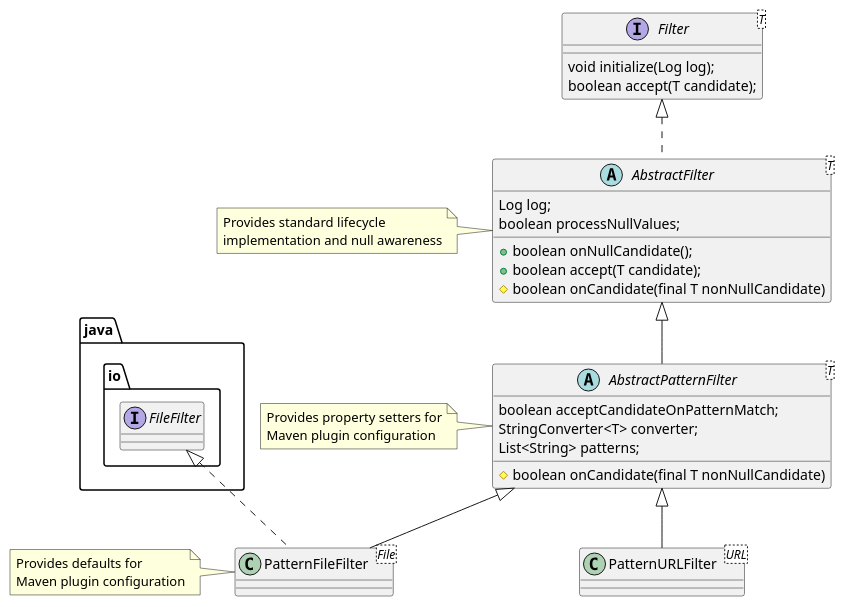
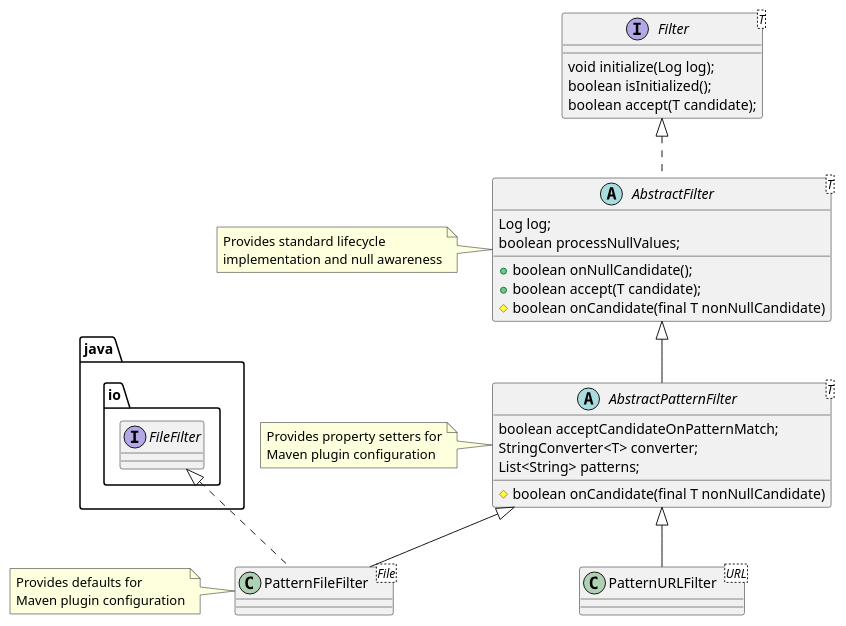
The diagram in src/site/puml/detailedFilterHierarchy.puml (mojohaus/jaxb2-maven-plugin), drawn with PlantUML before and after one commit. The commit also changed 4 other files, not shown here.

```diff
--- a/src/site/puml/detailedFilterHierarchy.puml
+++ b/src/site/puml/detailedFilterHierarchy.puml
@@ -1,32 +1,33 @@
 @startuml
 interface Filter<T> {
     void initialize(Log log);
+    boolean isInitialized();
     boolean accept(T candidate);
 }
 
 abstract class AbstractFilter<T> implements Filter {
         Log log;
         boolean processNullValues;
 
         + boolean onNullCandidate();
         + boolean accept(T candidate);
         # boolean onCandidate(final T nonNullCandidate)
 }
 note left of AbstractFilter: Provides standard lifecycle\nimplementation and null awareness
 
 abstract class AbstractPatternFilter<T> extends AbstractFilter {
     boolean acceptCandidateOnPatternMatch;
     StringConverter<T> converter;
     List<String> patterns;
 
     # boolean onCandidate(final T nonNullCandidate)
 }
 note left of AbstractPatternFilter: Provides property setters for\nMaven plugin configuration
 
 class PatternFileFilter<File> extends AbstractPatternFilter implements java.io.FileFilter {
 }
 note left of PatternFileFilter: Provides defaults for\nMaven plugin configuration
 
 class PatternURLFilter<URL> extends AbstractPatternFilter {
 }
 @enduml
```
